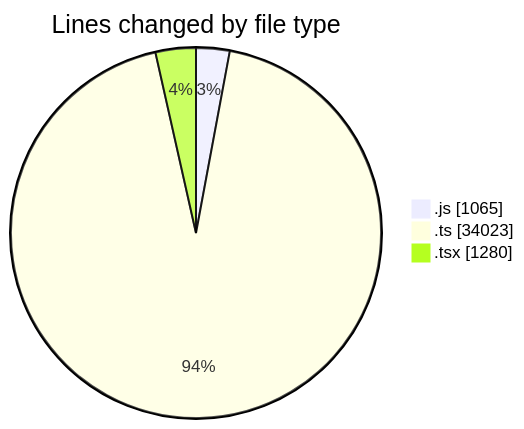
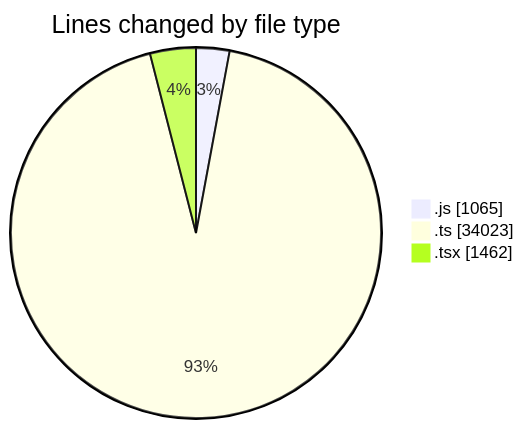
One commit to momahboobian/code-tracking changed the first of 2 diagrams in 2026-10-06/cda/README.md. Above: the diagram before and after it, drawn with Mermaid. The commit also changed other lines of this file and 1 other file, not shown here.

````diff
--- a/2026-10-06/cda/README.md
+++ b/2026-10-06/cda/README.md
@@ -41,7 +43,7 @@
 ```mermaid
 pie showData
 title Lines changed by file type
 ".js" : 1065
 ".ts" : 34023
-".tsx" : 1280
+".tsx" : 1462
 ```
````
